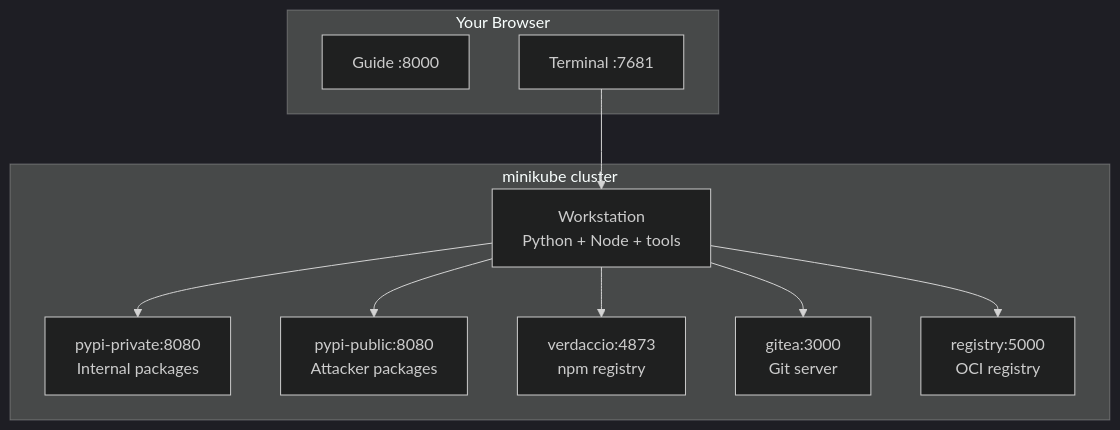
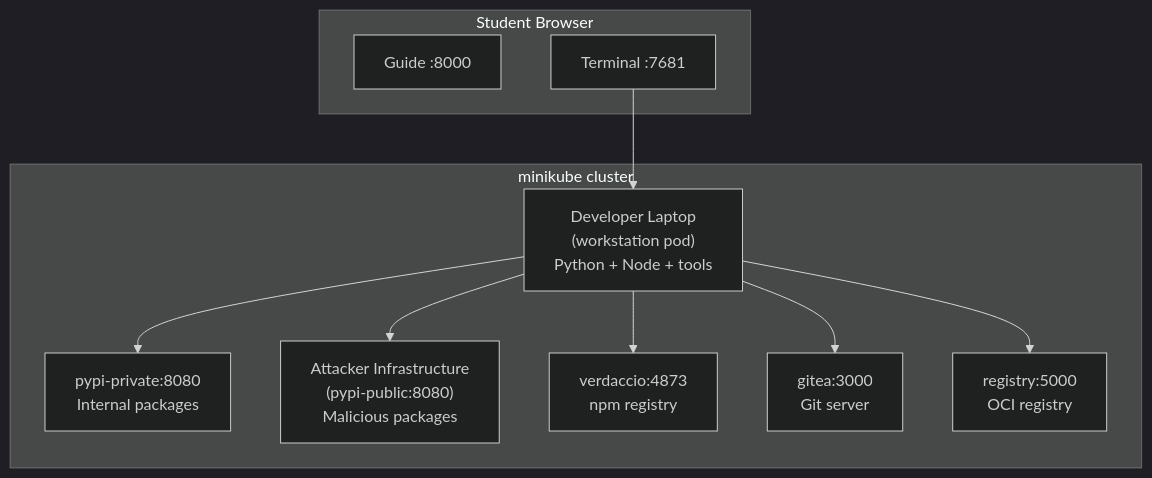
Before and after one commit to beyildirim/weaklink-labs: the diagram in guide/docs/getting-started.md, drawn with Mermaid (dark theme). The commit also changed other lines of this file and 29 other files, not shown here.

````diff
--- a/guide/docs/getting-started.md
+++ b/guide/docs/getting-started.md
@@ -28,17 +39,17 @@
 ```mermaid
 graph TB
-    subgraph browser["Your Browser"]
+    subgraph browser["Student Browser"]
         guide["Guide :8000"]
         terminal["Terminal :7681"]
     end
     subgraph cluster["minikube cluster"]
-        ws["Workstation<br/>Python + Node + tools"]
+        ws["Developer Laptop<br/>(workstation pod)<br/>Python + Node + tools"]
         pp["pypi-private:8080<br/>Internal packages"]
-        pu["pypi-public:8080<br/>Attacker packages"]
+        pu["Attacker Infrastructure<br/>(pypi-public:8080)<br/>Malicious packages"]
         v["verdaccio:4873<br/>npm registry"]
         gi["gitea:3000<br/>Git server"]
         r["registry:5000<br/>OCI registry"]
     end
     terminal --> ws
     ws --> pp & v & gi & r & pu
 ```
````
